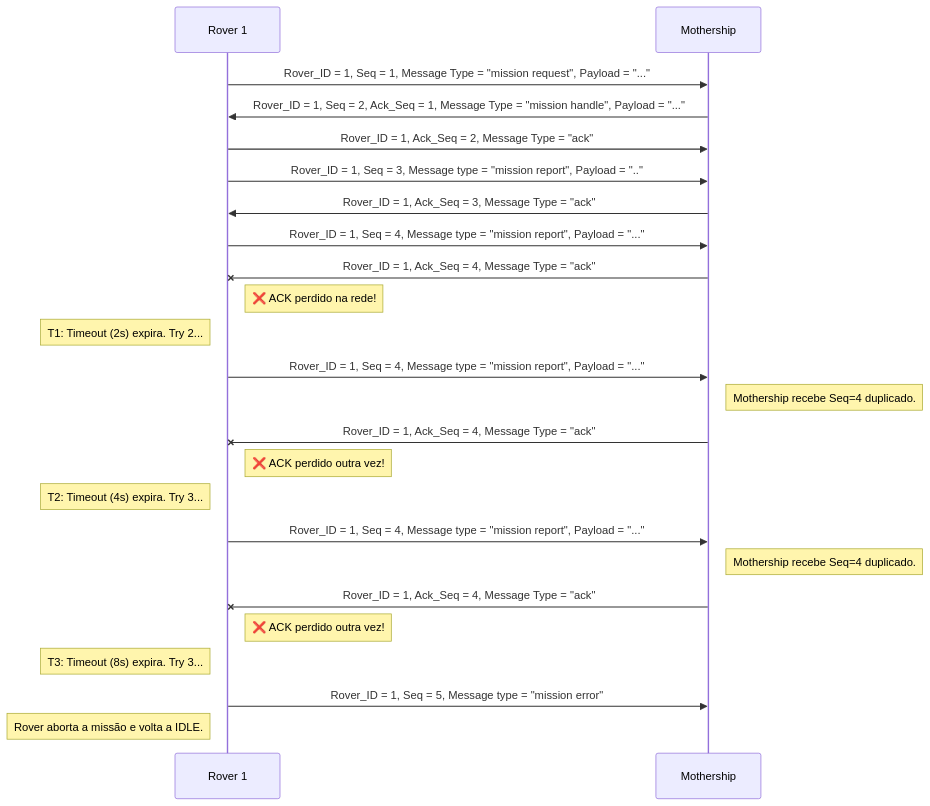
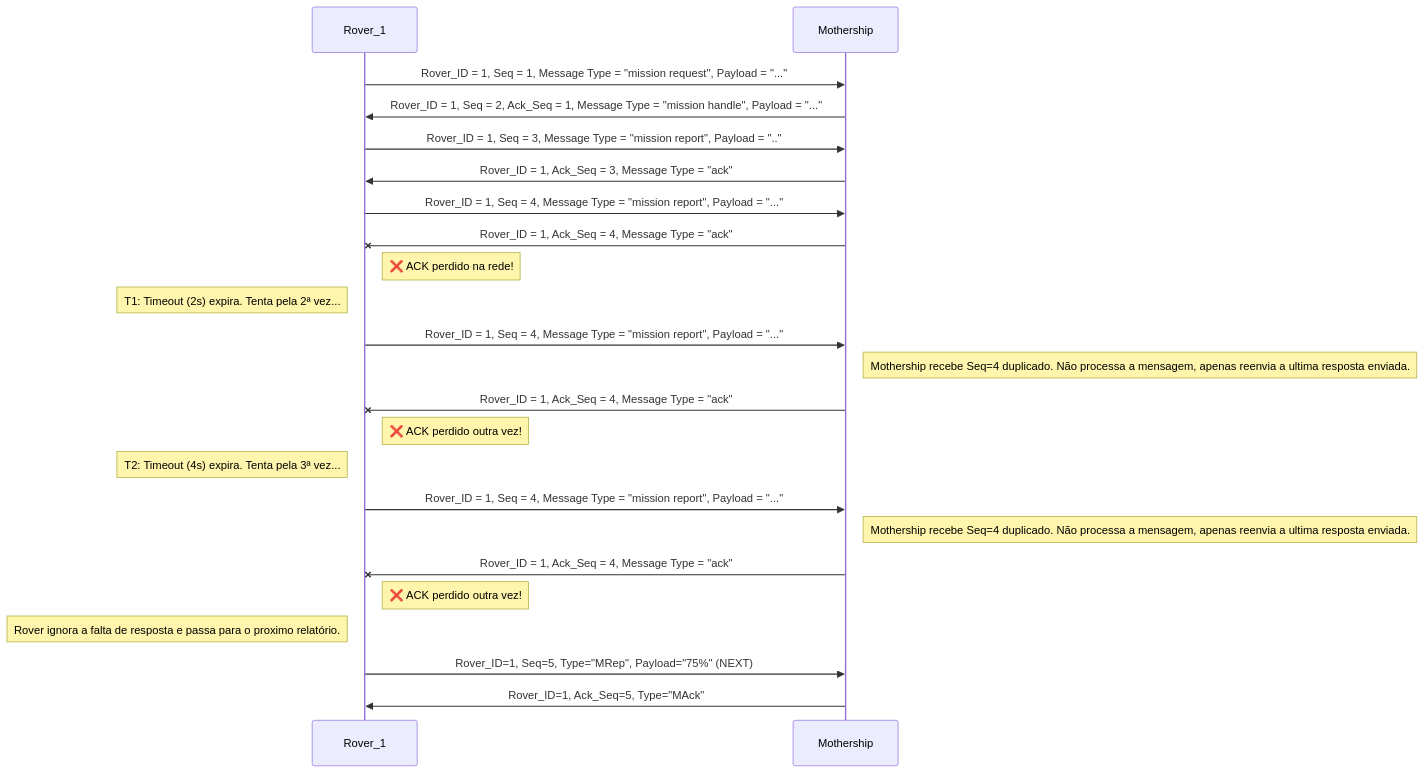
One commit to G-amaro/TP2-CC changed the diagram in protocolos/Mission Link: Unhappy Path: ACK Fail/Mission Link: Unhappy Path: ACK Fail.mmd. Above: the diagram before and after it, drawn with Mermaid. The commit also changed 7 other files, not shown here.

Commit message:
atualização dos diagramas

```diff
--- a/protocolos/Mission Link: Unhappy Path: ACK Fail/Mission Link: Unhappy Path: ACK Fail.mmd
+++ b/protocolos/Mission Link: Unhappy Path: ACK Fail/Mission Link: Unhappy Path: ACK Fail.mmd
@@ -1,41 +1,38 @@
-
 sequenceDiagram
-    participant Rover 1
+    participant Rover_1
     participant Mothership
 
-    Rover 1->>Mothership: Rover_ID = 1, Seq = 1, Message Type = "mission request", Payload = "..."
+    Rover_1->>Mothership: Rover_ID = 1, Seq = 1, Message Type = "mission request", Payload = "..."
 
-    Mothership->>Rover 1: Rover_ID = 1, Seq = 2, Ack_Seq = 1, Message Type = "mission handle", Payload = "..."
+    Mothership->>Rover_1: Rover_ID = 1, Seq = 2, Ack_Seq = 1, Message Type = "mission handle", Payload = "..."
 
-    Rover 1->>Mothership: Rover_ID = 1, Ack_Seq = 2, Message Type = "ack"
+    Rover_1->>Mothership: Rover_ID = 1, Seq = 3, Message Type = "mission report", Payload = ".." #25%
 
-    Rover 1->>Mothership: Rover_ID = 1, Seq = 3, Message type = "mission report", Payload = ".." #25%
+    Mothership->>Rover_1: Rover_ID = 1, Ack_Seq = 3, Message Type = "ack"
+    Rover_1->>Mothership: Rover_ID = 1, Seq = 4, Message Type = "mission report", Payload = "..."
+    Mothership-xRover_1: Rover_ID = 1, Ack_Seq = 4, Message Type = "ack"
 
-    Mothership->>Rover 1: Rover_ID = 1, Ack_Seq = 3, Message Type = "ack"
-    Rover 1->>Mothership: Rover_ID = 1, Seq = 4, Message type = "mission report", Payload = "..."
-    Mothership-xRover 1: Rover_ID = 1, Ack_Seq = 4, Message Type = "ack"
-    
-    note right of Rover 1: ❌ ACK perdido na rede!
+    note right of Rover_1: ❌ ACK perdido na rede!
 
-    note left of Rover 1: T1: Timeout (2s) expira. Try 2...
-    Rover 1->>Mothership: Rover_ID = 1, Seq = 4, Message type = "mission report", Payload = "..." #50% (RETRY)
-    
-    note right of Mothership: Mothership recebe Seq=4 duplicado.
-    Mothership-xRover 1: Rover_ID = 1, Ack_Seq = 4, Message Type = "ack"
+    note left of Rover_1: T1: Timeout (2s) expira. Tenta pela 2ª vez...
+    Rover_1->>Mothership: Rover_ID = 1, Seq = 4, Message Type = "mission report", Payload = "..." #50% (RETRY)
 
-    note right of Rover 1: ❌ ACK perdido outra vez!
+    note right of Mothership: Mothership recebe Seq=4 duplicado. Não processa a mensagem, apenas reenvia a ultima resposta enviada.
+    Mothership-xRover_1: Rover_ID = 1, Ack_Seq = 4, Message Type = "ack"
 
-    note left of Rover 1: T2: Timeout (4s) expira. Try 3...
-    
-    Rover 1->>Mothership: Rover_ID = 1, Seq = 4, Message type = "mission report", Payload = "..." #50% (RETRY)
-    
-    note right of Mothership: Mothership recebe Seq=4 duplicado.
-    Mothership-xRover 1: Rover_ID = 1, Ack_Seq = 4, Message Type = "ack"
+    note right of Rover_1: ❌ ACK perdido outra vez!
 
-    note right of Rover 1: ❌ ACK perdido outra vez!
+    note left of Rover_1: T2: Timeout (4s) expira. Tenta pela 3ª vez...
 
-    note left of Rover 1: T3: Timeout (8s) expira. Try 3...
-   
-    Rover 1->>Mothership: Rover_ID = 1, Seq = 5, Message type = "mission error"
-    
-    note left of Rover 1: Rover aborta a missão e volta a IDLE.
+    Rover_1->>Mothership: Rover_ID = 1, Seq = 4, Message Type = "mission report", Payload = "..." #50% (RETRY)
+
+    note right of Mothership: Mothership recebe Seq=4 duplicado. Não processa a mensagem, apenas reenvia a ultima resposta enviada.
+    Mothership-xRover_1: Rover_ID = 1, Ack_Seq = 4, Message Type = "ack"
+
+    note right of Rover_1: ❌ ACK perdido outra vez!
+
+
+
+    note left of Rover_1: Rover ignora a falta de resposta e passa para o proximo relatório.
+    Rover_1->>Mothership: Rover_ID=1, Seq=5, Type="MRep", Payload="75%" (NEXT)
+    Mothership->>Rover_1: Rover_ID=1, Ack_Seq=5, Type="MAck"
```
